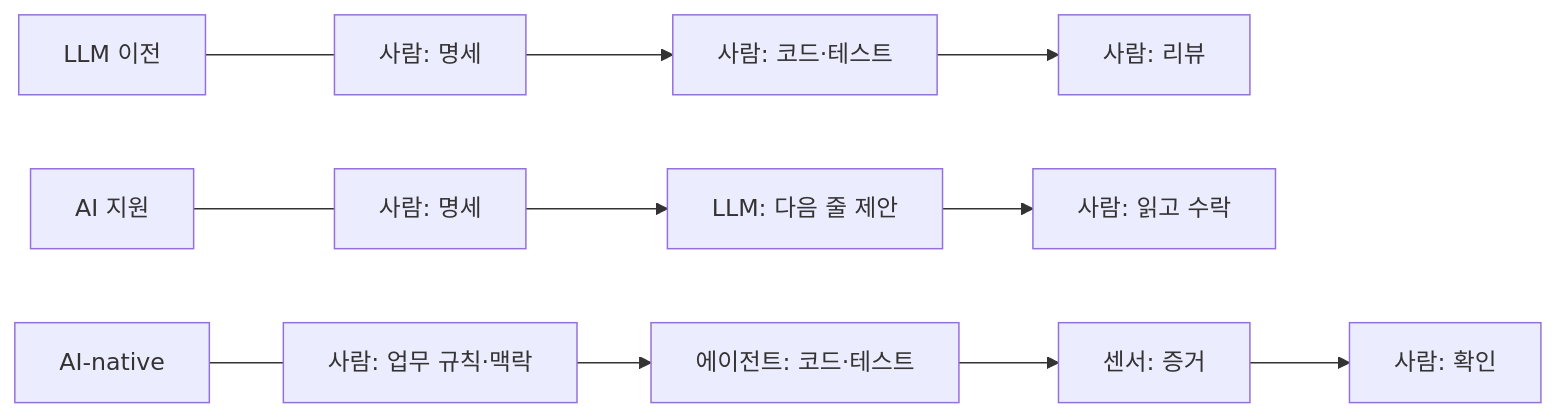
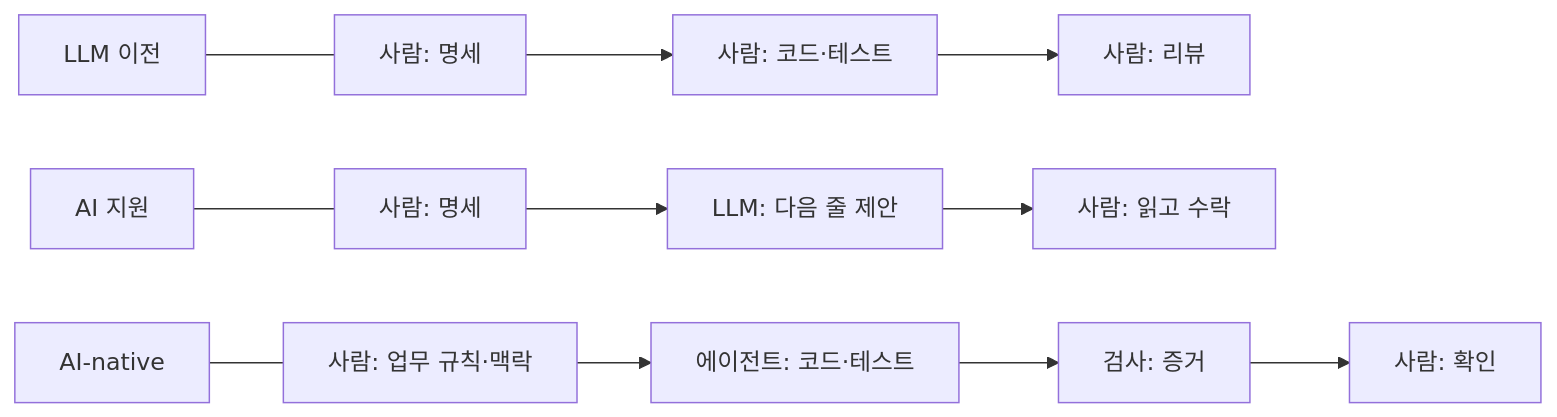
The fourth of 6 diagrams in courses/ai-native/sessions/s01.md (YoungSan77/TrainingMaterials), drawn with Mermaid before and after one commit. The commit also changed other lines of this file and 286 other files, not shown here.

````diff
--- a/courses/ai-native/sessions/s01.md
+++ b/courses/ai-native/sessions/s01.md
@@ -318,6 +279,6 @@
 ```mermaid
 flowchart LR
     A0["LLM 이전"] --- A1["사람: 명세"] --> A2["사람: 코드·테스트"] --> A3["사람: 리뷰"]
     B0["AI 지원"] --- B1["사람: 명세"] --> B2["LLM: 다음 줄 제안"] --> B3["사람: 읽고 수락"]
-    C0["AI-native"] --- C1["사람: 업무 규칙·맥락"] --> C2["에이전트: 코드·테스트"] --> C3["센서: 증거"] --> C4["사람: 확인"]
+    C0["AI-native"] --- C1["사람: 업무 규칙·맥락"] --> C2["에이전트: 코드·테스트"] --> C3["검사: 증거"] --> C4["사람: 확인"]
 ```
````
